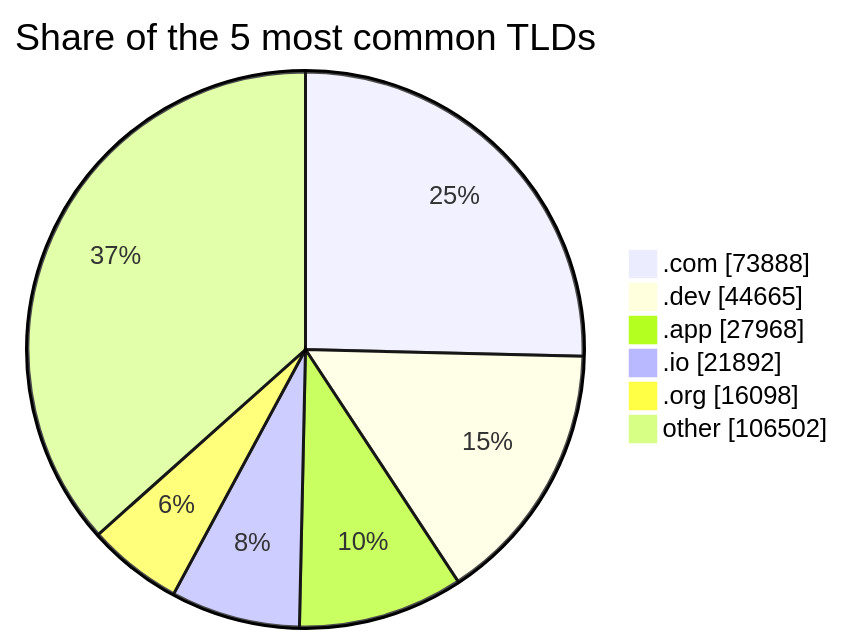
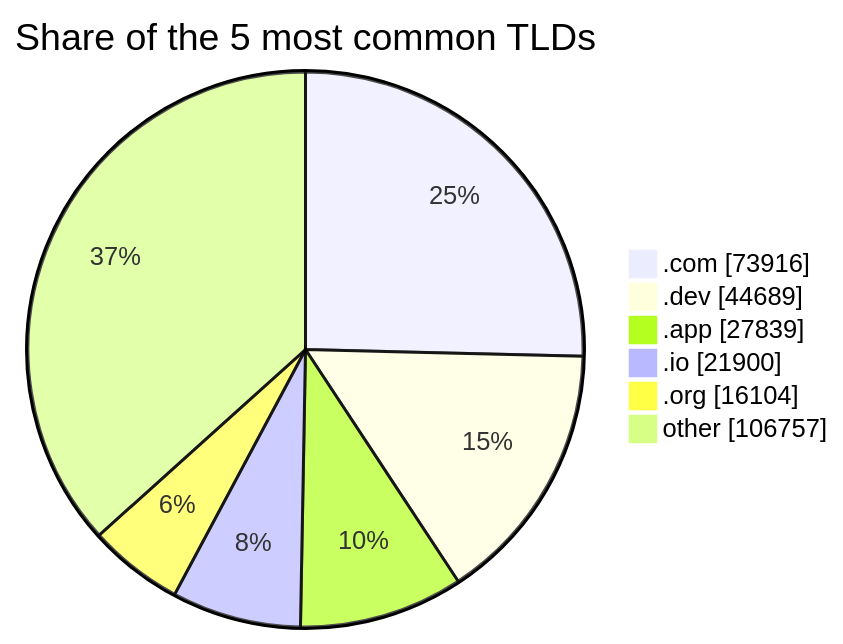
One commit to DNSBunker/CTI changed the third of 3 diagrams in README.md. Above: the diagram before and after it, drawn with Mermaid. The commit also changed other lines of this file and 3 other files, not shown here.

````diff
--- a/README.md
+++ b/README.md
@@ -81,9 +81,9 @@
 ```mermaid
 pie showData title Share of the 5 most common TLDs
-    ".com" : 73888
-    ".dev" : 44665
-    ".app" : 27968
-    ".io" : 21892
-    ".org" : 16098
-    "other" : 106502
+    ".com" : 73916
+    ".dev" : 44689
+    ".app" : 27839
+    ".io" : 21900
+    ".org" : 16104
+    "other" : 106757
 ```
````
